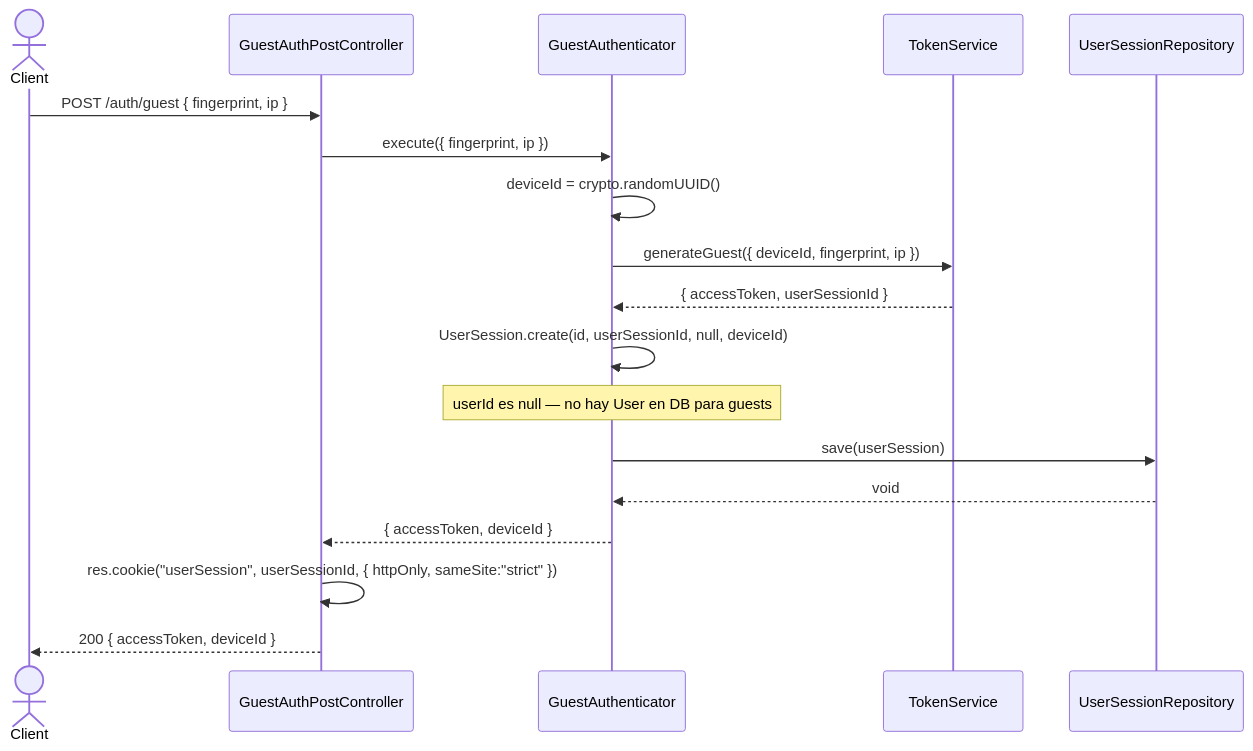
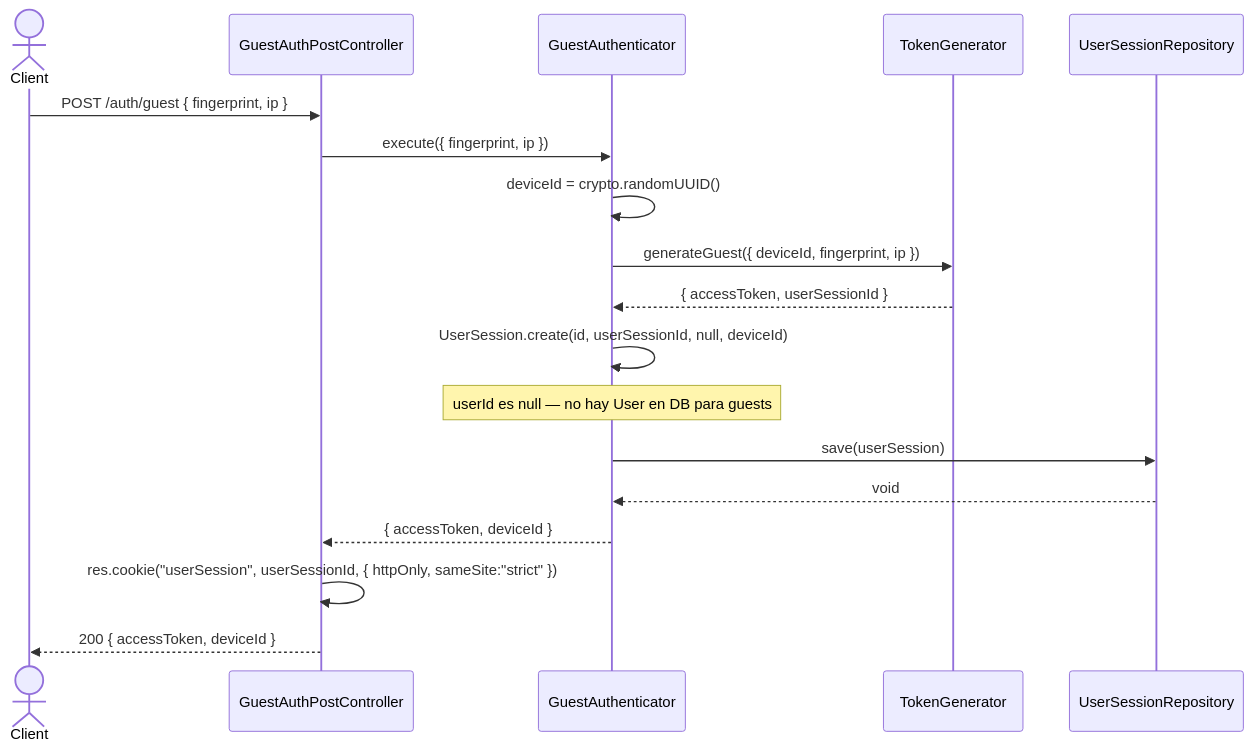
The diagram in docs/apps/api/identity/guest/sequence.md (AbrahamVilchesDeLaCruz/ididntcatchthat), drawn with Mermaid before and after one commit. The commit also changed 8 other files, not shown here.

First line of the commit message:
docs(identity): update class and sequence diagrams to UserSession model

````diff
--- a/docs/apps/api/identity/guest/sequence.md
+++ b/docs/apps/api/identity/guest/sequence.md
@@ -5,27 +5,27 @@
 ```mermaid
 sequenceDiagram
     actor Client
     participant C as GuestAuthPostController
     participant UC as GuestAuthenticator
-    participant TS as TokenService
+    participant TS as TokenGenerator
     participant RTREPO as UserSessionRepository
 
     Client->>C: POST /auth/guest { fingerprint, ip }
     C->>UC: execute({ fingerprint, ip })
 
     UC->>UC: deviceId = crypto.randomUUID()
 
     UC->>TS: generateGuest({ deviceId, fingerprint, ip })
     TS-->>UC: { accessToken, userSessionId }
 
     UC->>UC: UserSession.create(id, userSessionId, null, deviceId)
     Note over UC: userId es null — no hay User en DB para guests
 
     UC->>RTREPO: save(userSession)
     RTREPO-->>UC: void
 
     UC-->>C: { accessToken, deviceId }
 
     C->>C: res.cookie("userSession", userSessionId, { httpOnly, sameSite:"strict" })
     C-->>Client: 200 { accessToken, deviceId }
 ```
````
